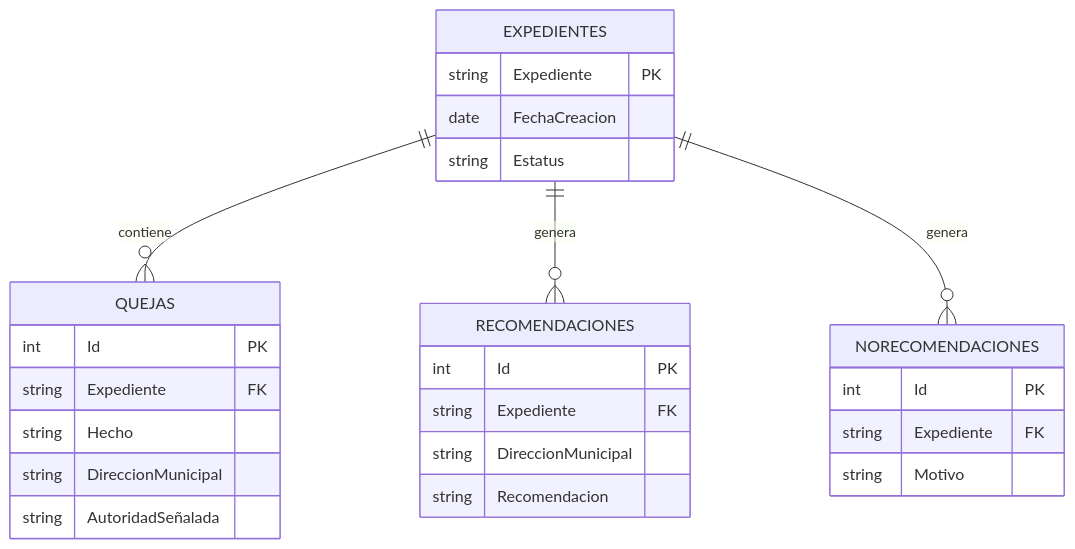
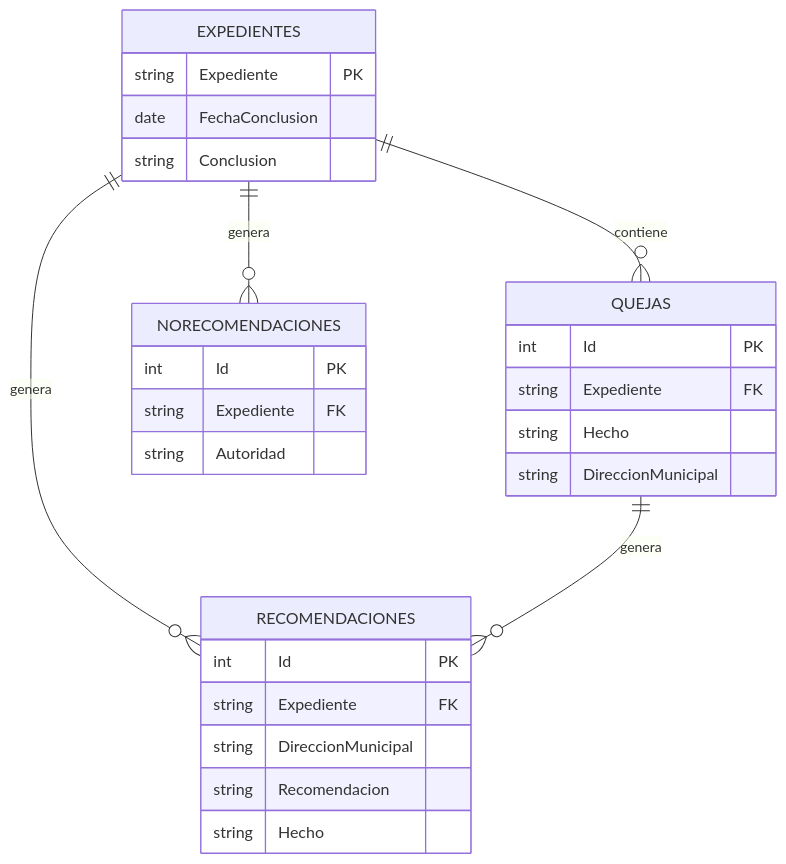
Before and after one commit to Taquitoo3000/Reporte_EDA: the diagram in README.md, drawn with Mermaid.

````diff
--- a/README.md
+++ b/README.md
@@ -34,33 +34,31 @@
 ```mermaid
 erDiagram
     EXPEDIENTES ||--o{ QUEJAS : contiene
     EXPEDIENTES ||--o{ RECOMENDACIONES : genera
+    QUEJAS ||--o{ RECOMENDACIONES : genera
     EXPEDIENTES ||--o{ NORECOMENDACIONES : genera
     
     EXPEDIENTES {
         string Expediente PK
-        date FechaCreacion
-        string Estatus
+        date FechaConclusion
+        string Conclusion
     }
-    
     QUEJAS {
         int Id PK
         string Expediente FK
         string Hecho
         string DireccionMunicipal
-        string AutoridadSeñalada
     }
-    
     RECOMENDACIONES {
         int Id PK
         string Expediente FK
         string DireccionMunicipal
         string Recomendacion
+        string Hecho
     }
-    
     NORECOMENDACIONES {
         int Id PK
         string Expediente FK
-        string Motivo
+        string Autoridad
     }
 ```
````
